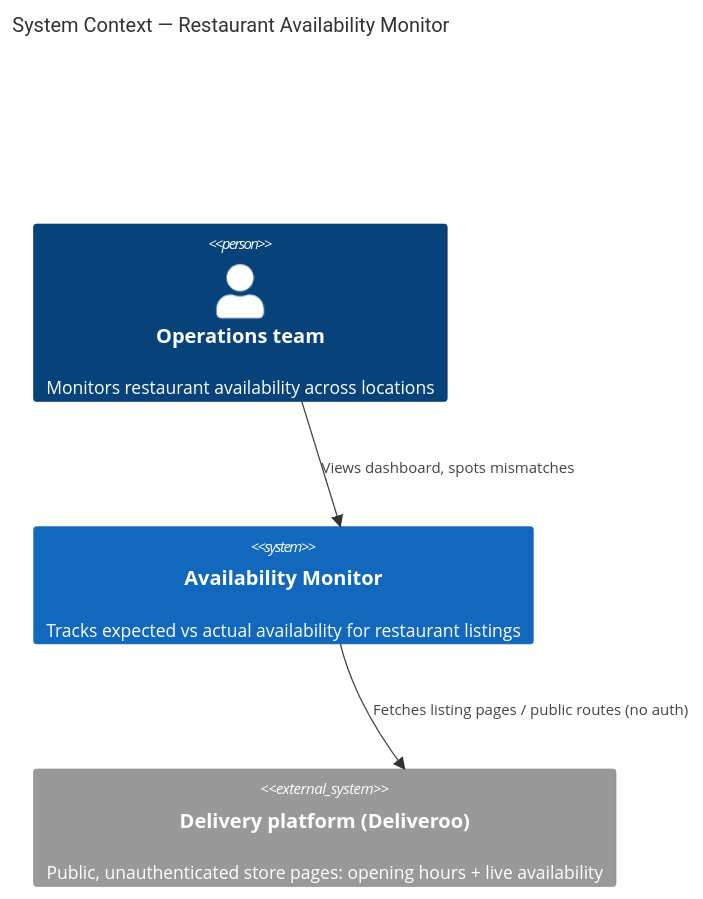
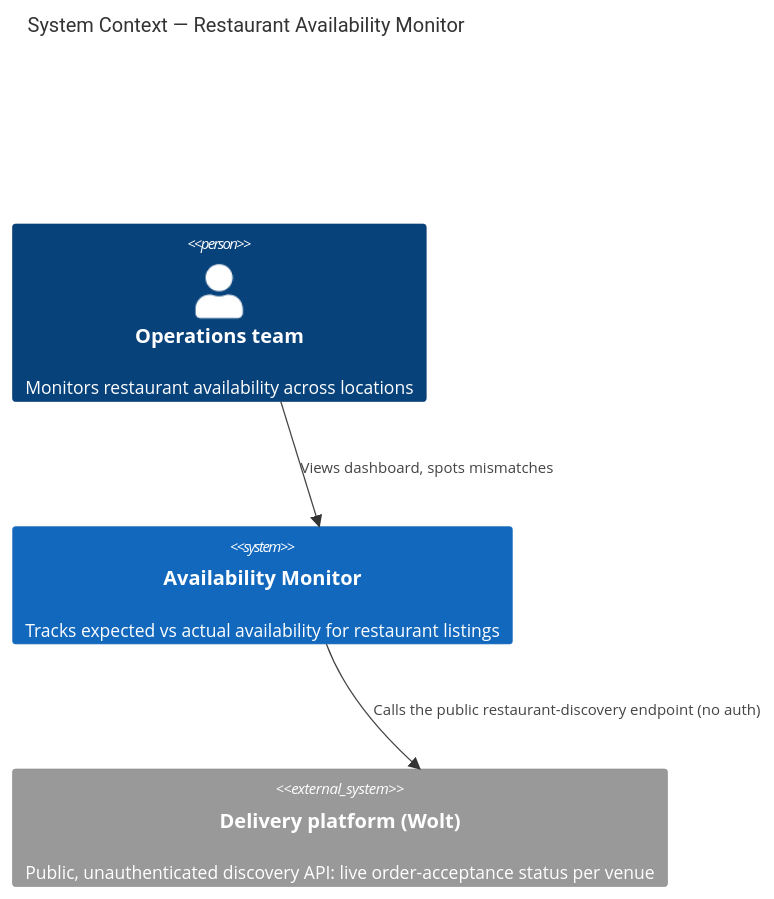
The first of 2 diagrams in docs/architecture.md (kalifs/availability-checker), drawn with Mermaid before and after one commit. The commit also changed other lines of this file and 10 other files, not shown here.

First line of the commit message:
feat: switched deliveroo to wolt

````diff
--- a/docs/architecture.md
+++ b/docs/architecture.md
@@ -7,11 +7,11 @@
 ```mermaid
 C4Context
 title System Context — Restaurant Availability Monitor
 
 Person(ops, "Operations team", "Monitors restaurant availability across locations")
 System(monitor, "Availability Monitor", "Tracks expected vs actual availability for restaurant listings")
-System_Ext(platform, "Delivery platform (Deliveroo)", "Public, unauthenticated store pages: opening hours + live availability")
+System_Ext(platform, "Delivery platform (Wolt)", "Public, unauthenticated discovery API: live order-acceptance status per venue")
 
 Rel(ops, monitor, "Views dashboard, spots mismatches")
-Rel(monitor, platform, "Fetches listing pages / public routes (no auth)")
+Rel(monitor, platform, "Calls the public restaurant-discovery endpoint (no auth)")
 ```
````
